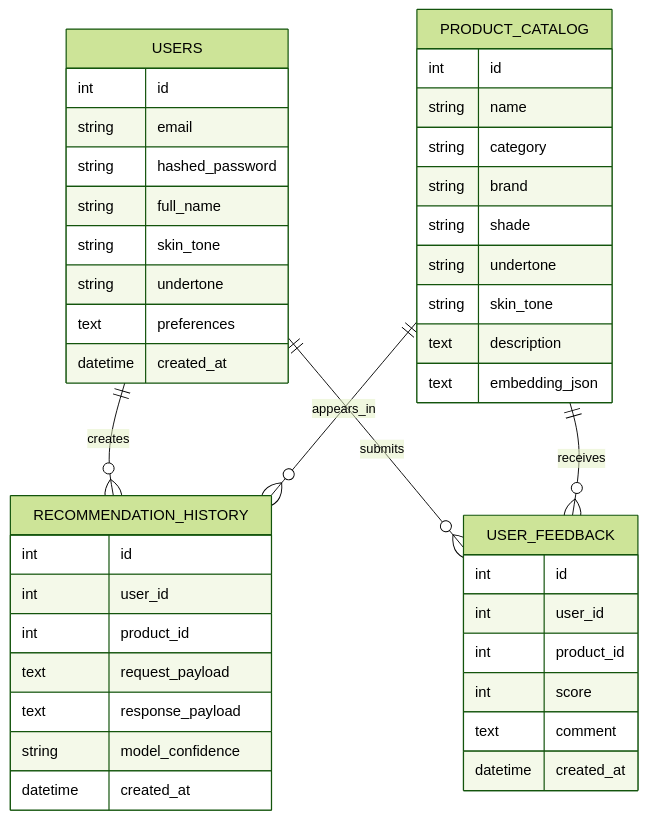
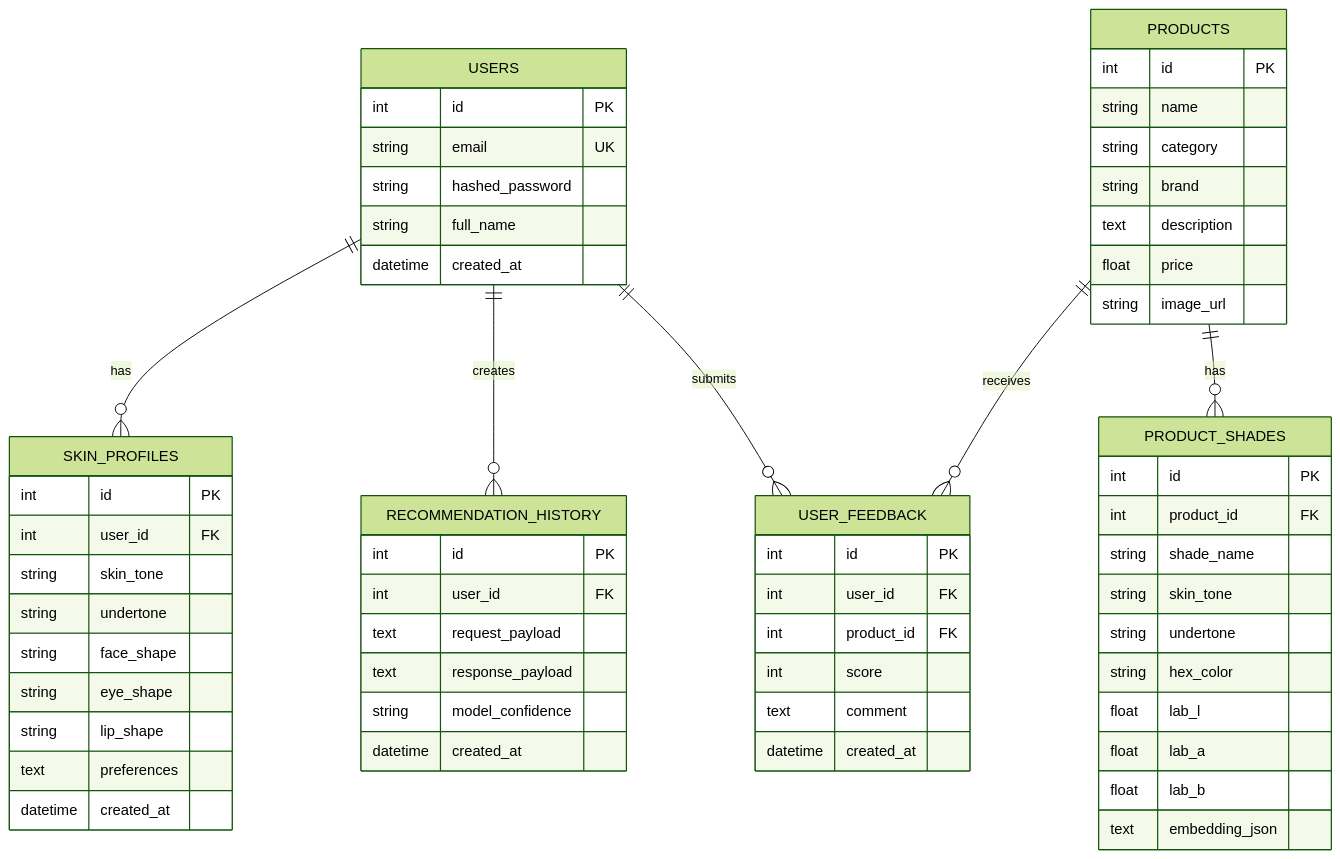
The diagram in docs/er-diagram.md (Rishi12318/Astrea), drawn with Mermaid (forest theme) before and after one commit. The commit also changed 56 other files, not shown here.

````diff
--- a/docs/er-diagram.md
+++ b/docs/er-diagram.md
@@ -3,49 +3,69 @@
 ```mermaid
 erDiagram
+    USERS ||--o{ SKIN_PROFILES : has
     USERS ||--o{ RECOMMENDATION_HISTORY : creates
     USERS ||--o{ USER_FEEDBACK : submits
-    PRODUCT_CATALOG ||--o{ RECOMMENDATION_HISTORY : appears_in
-    PRODUCT_CATALOG ||--o{ USER_FEEDBACK : receives
+    PRODUCTS ||--o{ PRODUCT_SHADES : has
+    PRODUCTS ||--o{ USER_FEEDBACK : receives
 
     USERS {
-        int id
-        string email
+        int id PK
+        string email UK
         string hashed_password
         string full_name
+        datetime created_at
+    }
+
+    SKIN_PROFILES {
+        int id PK
+        int user_id FK
         string skin_tone
         string undertone
+        string face_shape
+        string eye_shape
+        string lip_shape
         text preferences
         datetime created_at
     }
 
-    PRODUCT_CATALOG {
-        int id
+    PRODUCTS {
+        int id PK
         string name
         string category
         string brand
-        string shade
+        text description
+        float price
+        string image_url
+    }
+
+    PRODUCT_SHADES {
+        int id PK
+        int product_id FK
+        string shade_name
+        string skin_tone
         string undertone
-        string skin_tone
-        text description
+        string hex_color
+        float lab_l
+        float lab_a
+        float lab_b
         text embedding_json
     }
 
     RECOMMENDATION_HISTORY {
-        int id
-        int user_id
-        int product_id
+        int id PK
+        int user_id FK
         text request_payload
         text response_payload
         string model_confidence
         datetime created_at
     }
 
     USER_FEEDBACK {
-        int id
-        int user_id
-        int product_id
+        int id PK
+        int user_id FK
+        int product_id FK
         int score
         text comment
         datetime created_at
     }
 ```
````
